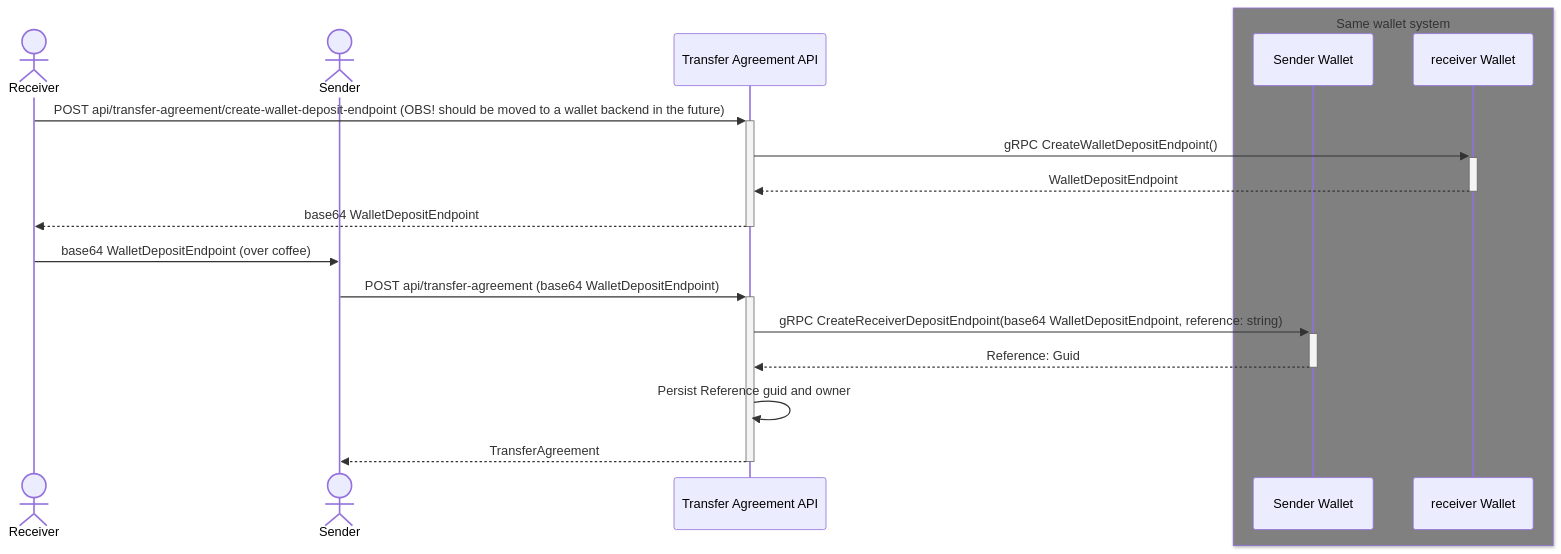
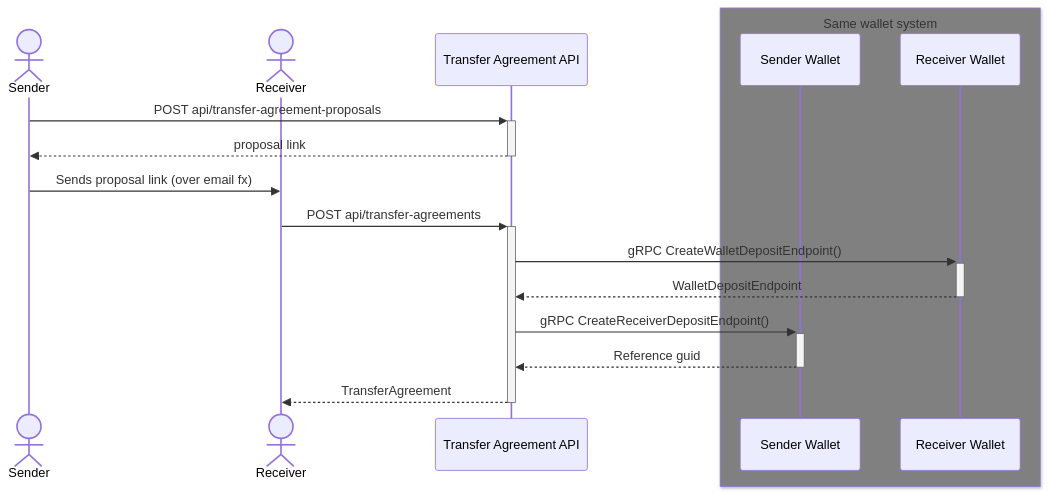
The first of 4 diagrams in doc/architecture/domains/transfer.md (Energinet-DataHub/energy-origin), drawn with Mermaid before and after one commit. The commit also changed other lines of this file, not shown here.

Commit message:
Updated md file for new flow

````diff
--- a/doc/architecture/domains/transfer.md
+++ b/doc/architecture/domains/transfer.md
@@ -11,29 +12,22 @@
 ```mermaid
 sequenceDiagram
+    actor sender as Sender
     actor receiver as Receiver
-    actor sender as Sender
     participant ta as Transfer Agreement API
     box grey Same wallet system
         participant senderWallet as Sender Wallet
-        participant wallet as receiver Wallet
+        participant wallet as Receiver Wallet
     end
 
-    receiver ->>+ ta: POST api/transfer-agreement/create-wallet-deposit-endpoint (OBS! should be moved to a wallet backend in the future)
+    sender ->>+ ta: POST api/transfer-agreement-proposals
+    ta -->>- sender: proposal link
 
+    sender ->> receiver: Sends proposal link (over email fx)
+
+    receiver ->>+ ta: POST api/transfer-agreements
     ta ->>+ wallet: gRPC CreateWalletDepositEndpoint()
     wallet -->>- ta: WalletDepositEndpoint
-
-    ta -->>- receiver: base64 WalletDepositEndpoint
-
-    receiver ->> sender: base64 WalletDepositEndpoint (over coffee)
-
-    sender ->>+ ta: POST api/transfer-agreement (base64 WalletDepositEndpoint)
-
-    ta ->>+ senderWallet: gRPC CreateReceiverDepositEndpoint(base64 WalletDepositEndpoint, reference: string)
-
-    senderWallet -->>- ta: Reference: Guid
-
-    ta ->> ta: Persist Reference guid and owner
-
-    ta -->>- sender: TransferAgreement
+    ta ->>+ senderWallet: gRPC CreateReceiverDepositEndpoint()
+    senderWallet -->>- ta: Reference guid
+    ta -->>- receiver: TransferAgreement
 ```
````
